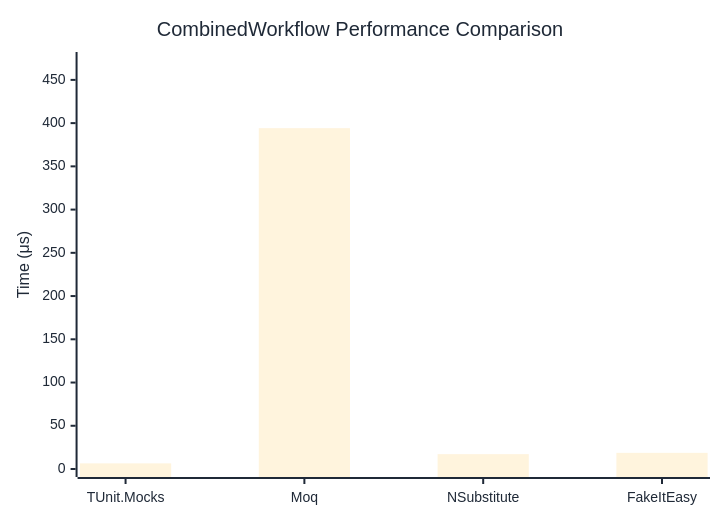
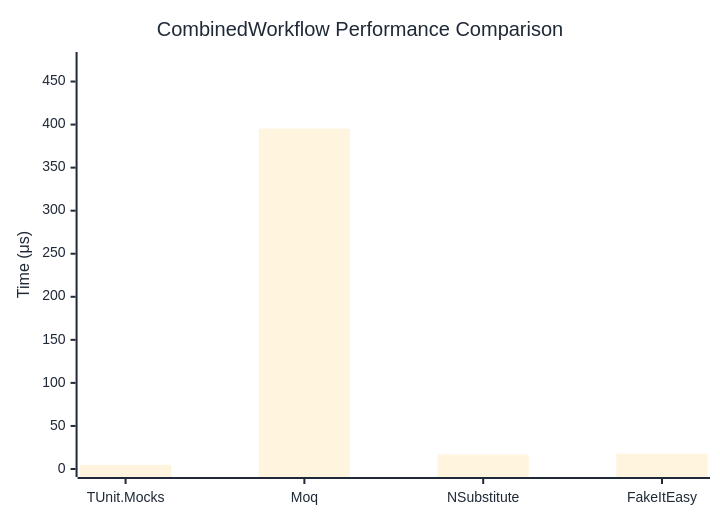
One commit to thomhurst/TUnit changed the diagram in docs/docs/benchmarks/mocks/CombinedWorkflow.md. Above: the diagram before and after it, drawn with Mermaid. The commit also changed other lines of this file and 14 other files, not shown here.

````diff
--- a/docs/docs/benchmarks/mocks/CombinedWorkflow.md
+++ b/docs/docs/benchmarks/mocks/CombinedWorkflow.md
@@ -28,27 +28,27 @@
 ```mermaid
 %%{init: {
   'theme':'base',
   'themeVariables': {
     'primaryColor': '#2563eb',
     'primaryTextColor': '#1f2937',
     'primaryBorderColor': '#1e40af',
     'lineColor': '#6b7280',
     'secondaryColor': '#7c3aed',
     'tertiaryColor': '#dc2626',
     'background': '#ffffff',
     'pie1': '#2563eb',
     'pie2': '#7c3aed',
     'pie3': '#dc2626',
     'pie4': '#f59e0b',
     'pie5': '#10b981',
     'pie6': '#06b6d4',
     'pie7': '#ec4899',
     'pie8': '#6366f1'
   }
 }}%%
 xychart-beta
   title "CombinedWorkflow Performance Comparison"
   x-axis ["TUnit.Mocks", "Moq", "NSubstitute", "FakeItEasy"]
-  y-axis "Time (μs)" 0 --> 473
-  bar [6.513, 394.164, 17.171, 18.689]
+  y-axis "Time (μs)" 0 --> 475
+  bar [4.857, 395.343, 16.945, 17.849]
 ```
````
